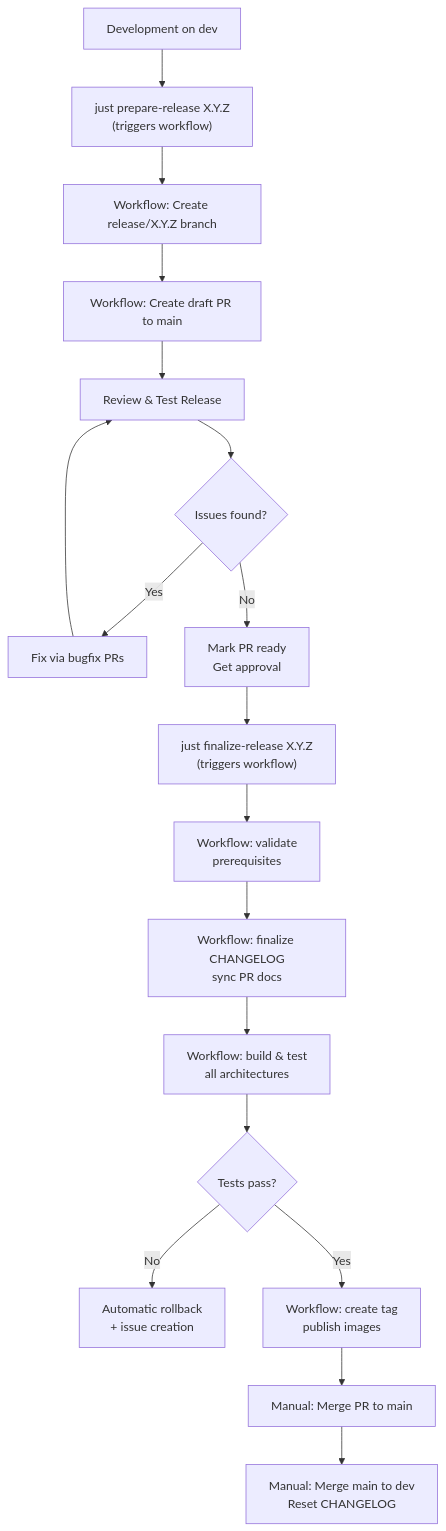
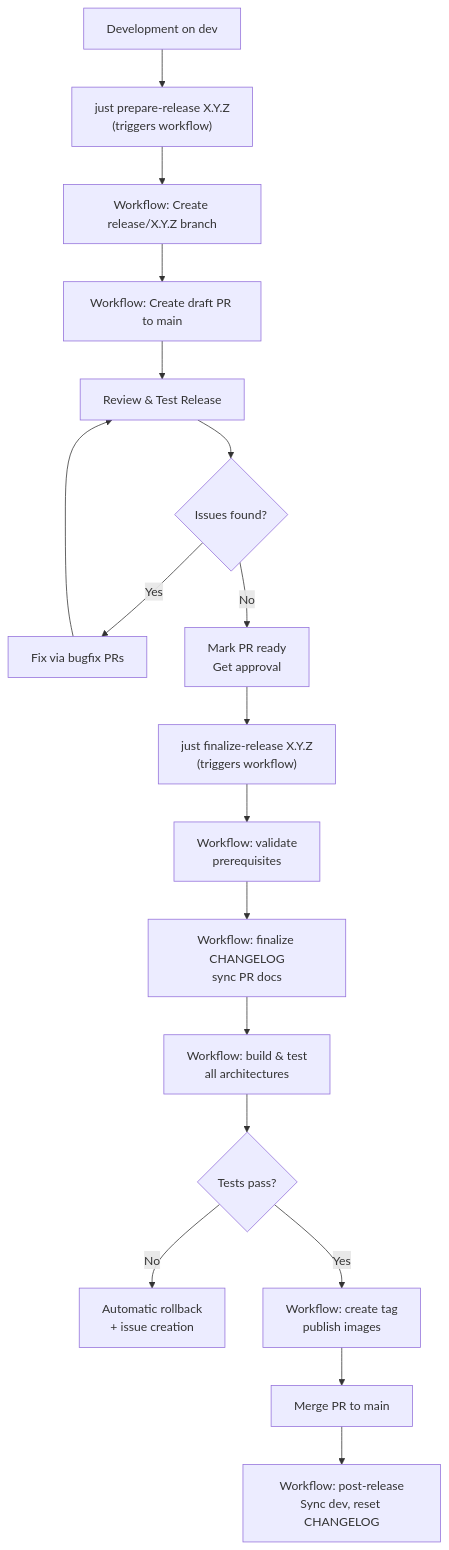
The second of 2 diagrams in docs/RELEASE_CYCLE.md (vig-os/devcontainer), drawn with Mermaid before and after one commit. The commit also changed other lines of this file and 3 other files, not shown here.

````diff
--- a/docs/RELEASE_CYCLE.md
+++ b/docs/RELEASE_CYCLE.md
@@ -83,20 +83,20 @@
 ```mermaid
 graph TB
     A["Development on dev"] --> B["just prepare-release X.Y.Z<br/>(triggers workflow)"]
     B --> C["Workflow: Create release/X.Y.Z branch"]
     C --> D["Workflow: Create draft PR to main"]
     D --> E["Review & Test Release"]
     E --> F{Issues found?}
     F -->|Yes| G["Fix via bugfix PRs"]
     G --> E
     F -->|No| H["Mark PR ready<br/>Get approval"]
     H --> I["just finalize-release X.Y.Z<br/>(triggers workflow)"]
     I --> J["Workflow: validate<br/>prerequisites"]
     J --> K["Workflow: finalize CHANGELOG<br/>sync PR docs"]
     K --> L["Workflow: build & test<br/>all architectures"]
     L --> M{Tests pass?}
     M -->|No| N["Automatic rollback<br/>+ issue creation"]
     M -->|Yes| O["Workflow: create tag<br/>publish images"]
-    O --> P["Manual: Merge PR to main"]
-    P --> Q["Manual: Merge main to dev<br/>Reset CHANGELOG"]
+    O --> P["Merge PR to main"]
+    P --> Q["Workflow: post-release<br/>Sync dev, reset CHANGELOG"]
 ```
````
